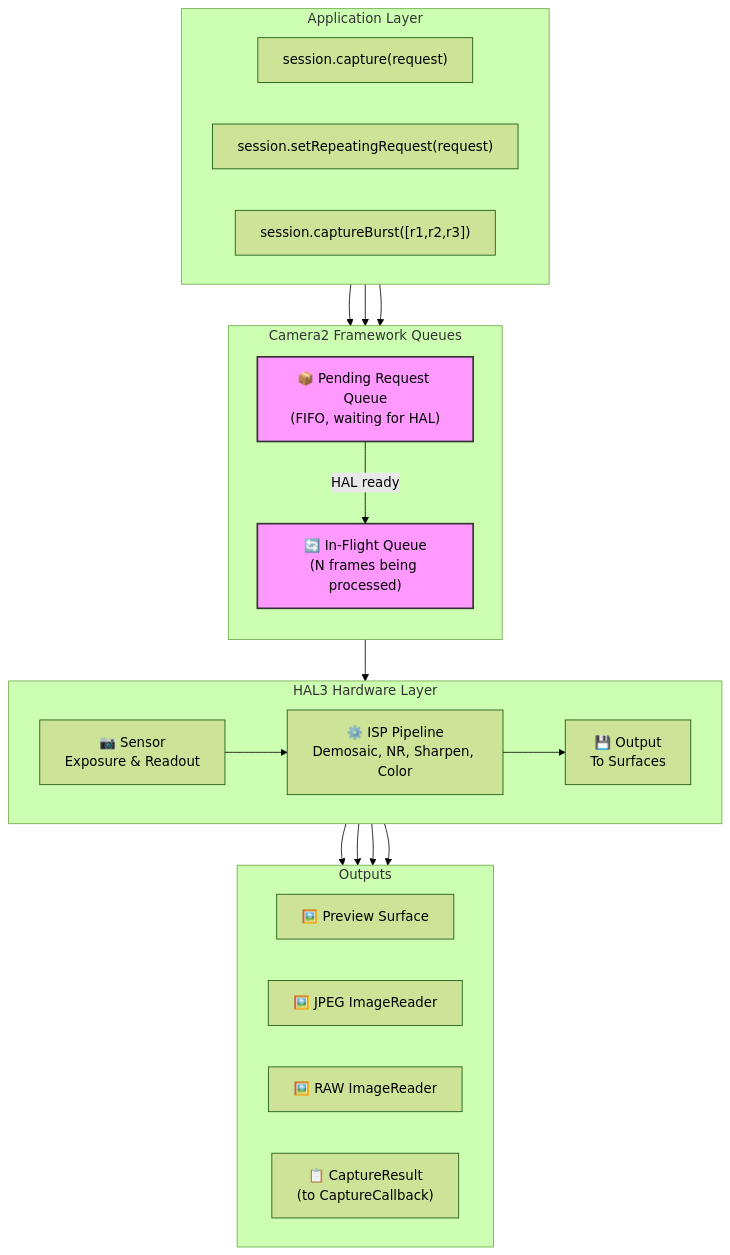
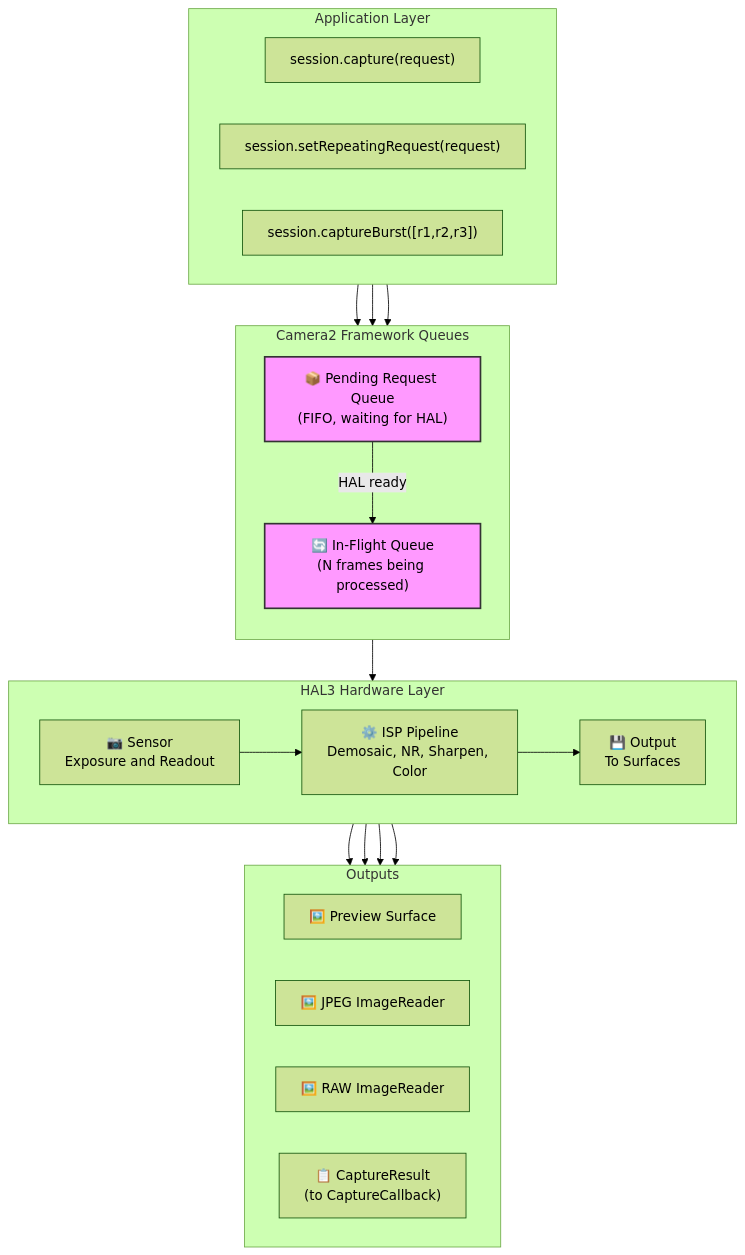
Before and after one commit to zoozooll/AndroidCameraParameters: the first of 3 diagrams in website/i18n/ja/docusaurus-plugin-content-docs/current/camera2/the-camera2-pipeline.md, drawn with Mermaid (forest theme). The commit also changed other lines of this file and 77 other files, not shown here.

First line of the commit message:
docs: standardize Mermaid syntax and polish 3A pipeline translations

````diff
--- a/website/i18n/ja/docusaurus-plugin-content-docs/current/camera2/the-camera2-pipeline.md
+++ b/website/i18n/ja/docusaurus-plugin-content-docs/current/camera2/the-camera2-pipeline.md
@@ -160,45 +160,45 @@
 ```mermaid
 flowchart TB
     subgraph APP ["Application Layer"]
         direction LR
         A1["session.capture(request)"]
         A2["session.setRepeatingRequest(request)"]
         A3["session.captureBurst([r1,r2,r3])"]
     end
 
     subgraph FW ["Camera2 Framework Queues"]
         direction TB
         PQ["📦 Pending Request Queue<br/>(FIFO, waiting for HAL)"]:::queue
         IFQ["🔄 In-Flight Queue<br/>(N frames being processed)"]:::queue
         PQ -->|HAL ready| IFQ
     end
 
     subgraph HAL ["HAL3 Hardware Layer"]
         direction LR
-        S["📷 Sensor<br/>Exposure & Readout"]
+        S["📷 Sensor<br/>Exposure and Readout"]
         I["⚙️ ISP Pipeline<br/>Demosaic, NR, Sharpen, Color"]
         O["💾 Output<br/>To Surfaces"]
         S --> I --> O
     end
 
     subgraph OUTPUTS ["Outputs"]
         direction LR
         PREV["🖼️ Preview Surface"]
         JPEG["🖼️ JPEG ImageReader"]
         RAW["🖼️ RAW ImageReader"]
         RES["📋 CaptureResult<br/>(to CaptureCallback)"]
     end
 
     A1 --> PQ
     A2 --> PQ
     A3 --> PQ
     IFQ --> S
     O --> PREV
     O --> JPEG
     O --> RAW
     O --> RES
 
     classDef queue fill:#f9f,stroke:#333,stroke-width:2px;
     classDef app fill:#e3f2fd,stroke:#1565c0;
     classDef hal fill:#e8f5e9,stroke:#2e7d32;
 ```
````
